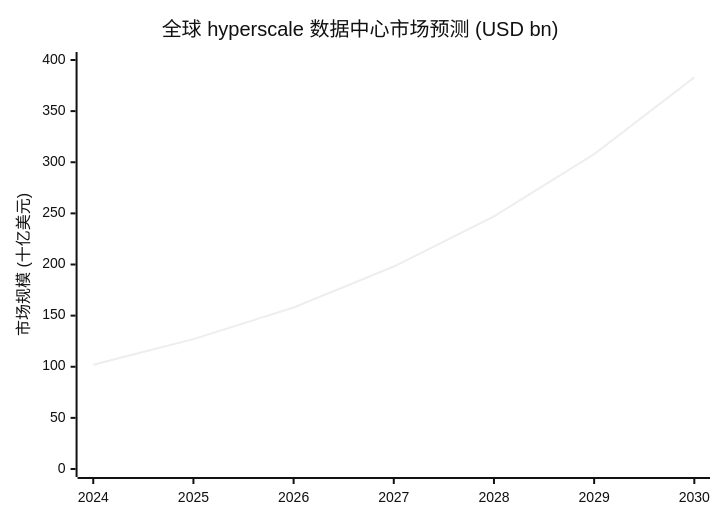
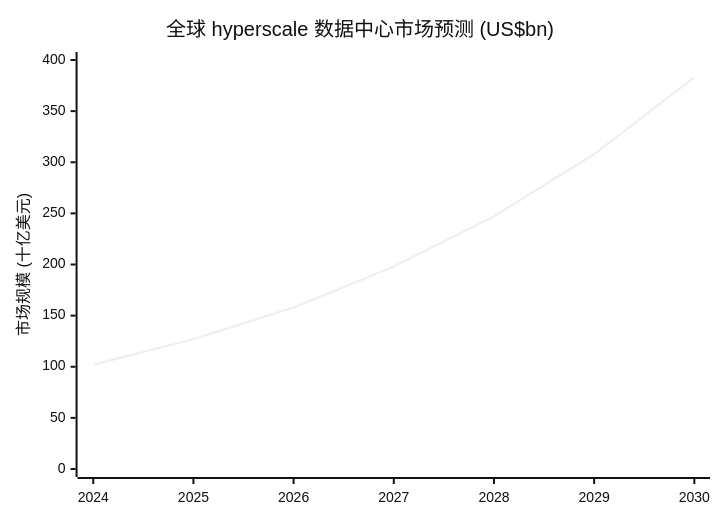
One commit to dadachundan/financial_agent changed the sixth of 7 diagrams in reports/company/DigitalRealty_NYSE_DLR/DigitalRealty_NYSE_DLR_公司研究.md. Above: the diagram before and after it, drawn with Mermaid (neutral theme). The commit also changed other lines of this file and 9 other files, not shown here.

````diff
--- a/reports/company/DigitalRealty_NYSE_DLR/DigitalRealty_NYSE_DLR_公司研究.md
+++ b/reports/company/DigitalRealty_NYSE_DLR/DigitalRealty_NYSE_DLR_公司研究.md
@@ -258,7 +934,7 @@
 ```mermaid
 xychart-beta
-    title "全球 hyperscale 数据中心市场预测 (USD bn)"
+    title "全球 hyperscale 数据中心市场预测 (US$bn)"
     x-axis [2024, 2025, 2026, 2027, 2028, 2029, 2030]
     y-axis "市场规模 (十亿美元)" 0 --> 400
     line [102, 127, 158, 198, 247, 308, 383]
 ```
````
